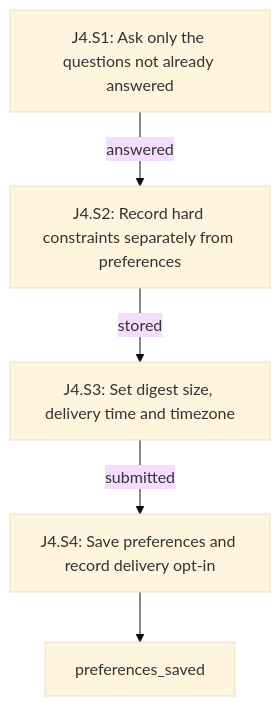
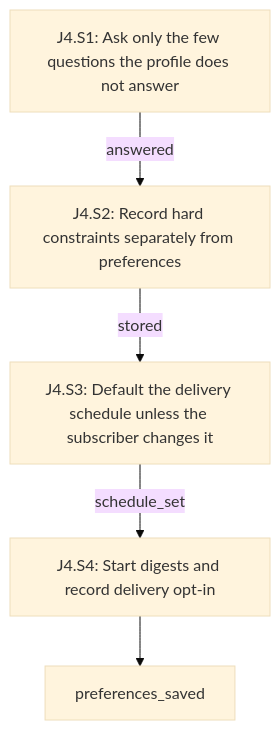
The fourth of 7 diagrams in docs/journeys/thin-flow.md (hivinaynair/sable-app), drawn with Mermaid (base theme) before and after one commit. The commit also changed other lines of this file and 3 other files, not shown here.

````diff
--- a/docs/journeys/thin-flow.md
+++ b/docs/journeys/thin-flow.md
@@ -217,11 +233,11 @@
 ```mermaid
 flowchart TD
-  J4_S1["J4.S1: Ask only the questions not already answered"]
+  J4_S1["J4.S1: Ask only the few questions the profile does not answer"]
   J4_S1 -->|"answered"| J4_S2
   J4_S2["J4.S2: Record hard constraints separately from preferences"]
   J4_S2 -->|"stored"| J4_S3
-  J4_S3["J4.S3: Set digest size, delivery time and timezone"]
-  J4_S3 -->|"submitted"| J4_S4
-  J4_S4["J4.S4: Save preferences and record delivery opt-in"]
+  J4_S3["J4.S3: Default the delivery schedule unless the subscriber changes it"]
+  J4_S3 -->|"schedule_set"| J4_S4
+  J4_S4["J4.S4: Start digests and record delivery opt-in"]
   J4_S4 --> J4_exit_0["preferences_saved"]
 ```
````
